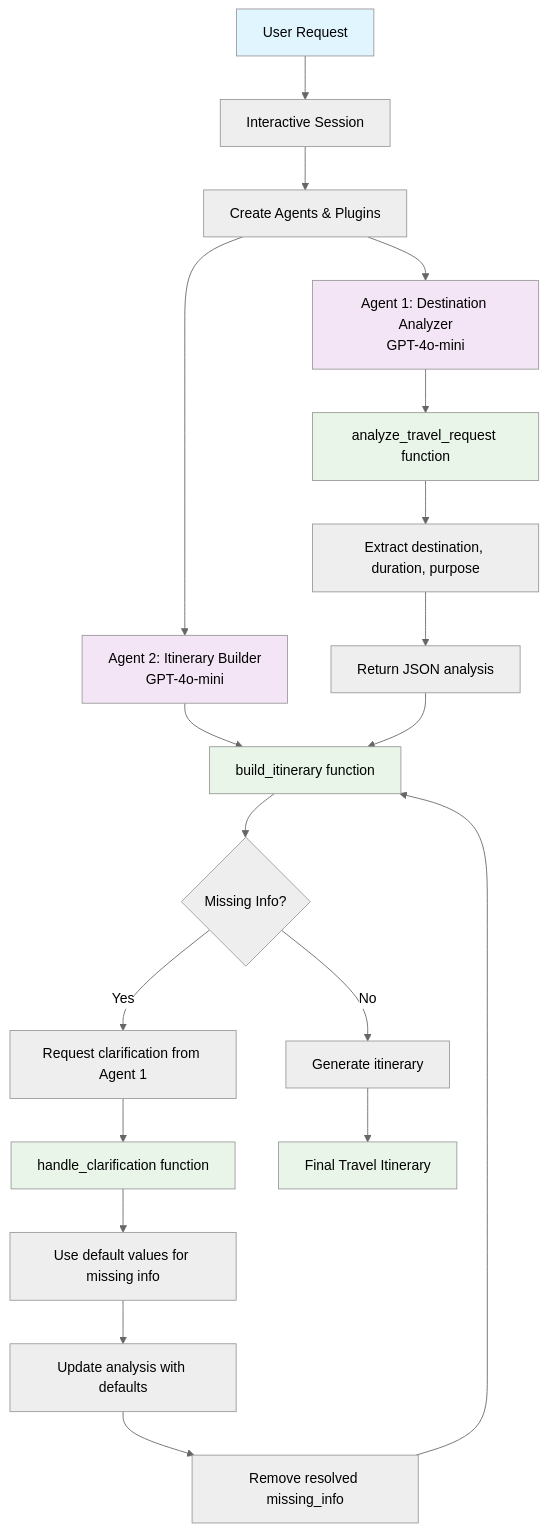
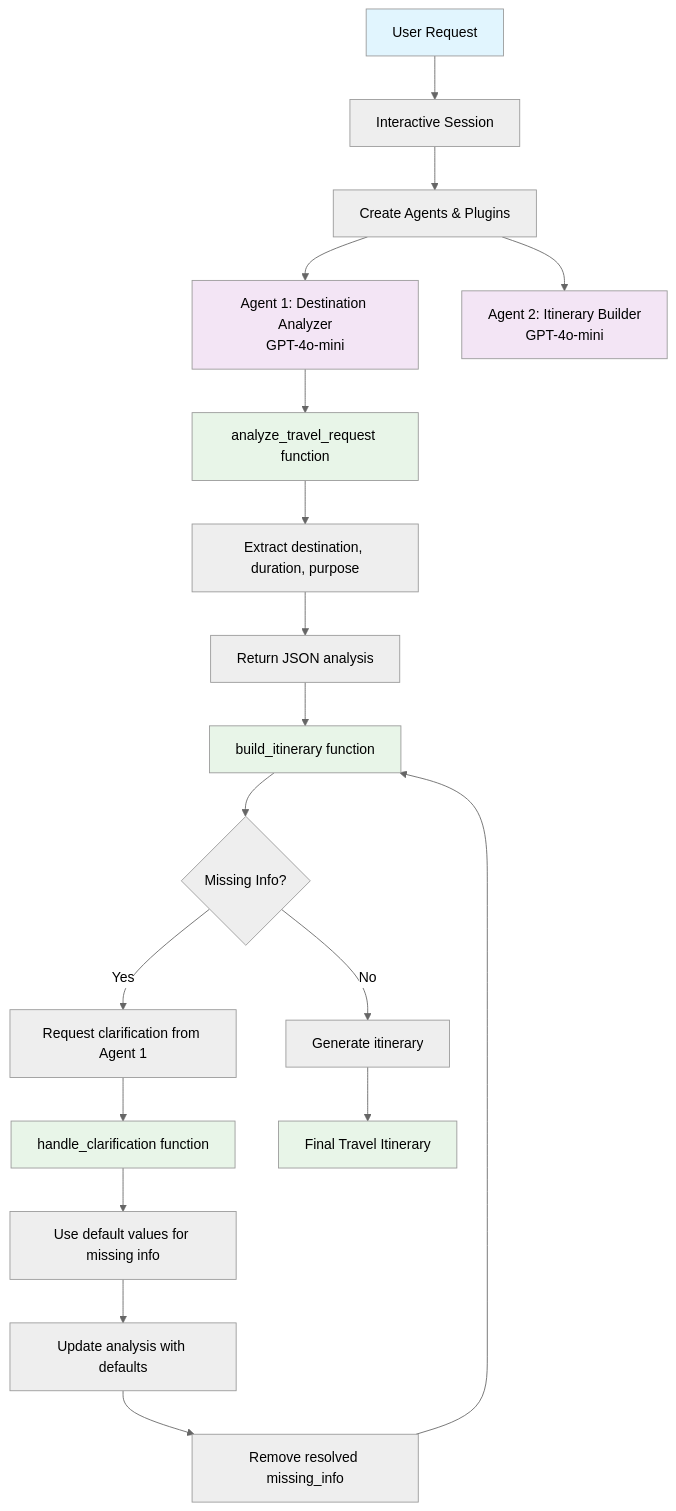
One commit to iamask/multi-agent-travel-planner changed the diagram in README.md. Above: the diagram before and after it, drawn with Mermaid (neutral theme).

````diff
--- a/README.md
+++ b/README.md
@@ -45,38 +45,37 @@
 ```mermaid
 flowchart TD
     A[User Request] --> B[Interactive Session]
     B --> C[Create Agents & Plugins]
     C --> D[Agent 1: Destination Analyzer<br/>GPT-4o-mini]
     C --> E[Agent 2: Itinerary Builder<br/>GPT-4o-mini]
 
-    %% Agent 1 Flow
+        %% Agent 1 Flow
     D --> F[analyze_travel_request function]
     F --> G[Extract destination, duration, purpose]
     G --> H[Return JSON analysis]
 
     %% Agent 2 Flow
-    E --> I[build_itinerary function]
+    H --> I[build_itinerary function]
     I --> J{Missing Info?}
     J -->|No| K[Generate itinerary]
     J -->|Yes| L[Request clarification from Agent 1]
 
     %% Feedback Loop
     L --> M[handle_clarification function]
     M --> N[Use default values for missing info]
     N --> O[Update analysis with defaults]
     O --> P[Remove resolved missing_info]
     P --> I
 
     %% Complete Flow
-    H --> I
     K --> Q[Final Travel Itinerary]
 
     %% Styling
     style A fill:#e1f5fe
     style D fill:#f3e5f5
     style E fill:#f3e5f5
     style F fill:#e8f5e8
     style I fill:#e8f5e8
     style M fill:#e8f5e8
     style Q fill:#e8f5e8
 ```
````
